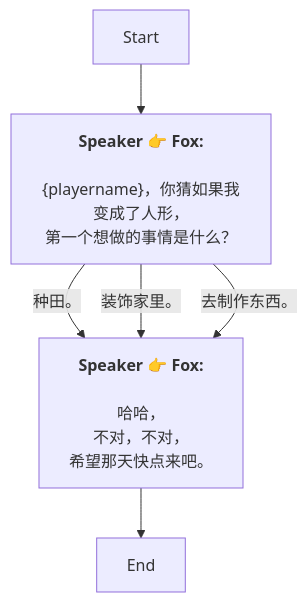
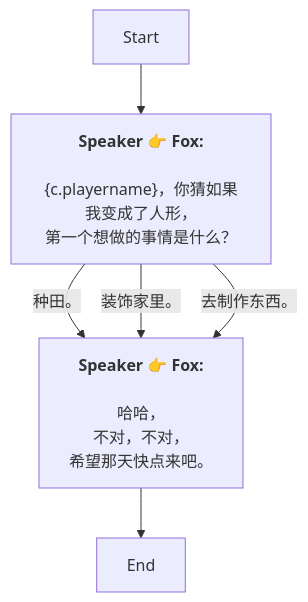
Before and after one commit to SoftHu/tos_avg: the diagram in Zh/AddDialogNode_1738541867360458.md, drawn with Mermaid. The commit also changed 410 other files, not shown here.

````diff
--- a/Zh/AddDialogNode_1738541867360458.md
+++ b/Zh/AddDialogNode_1738541867360458.md
@@ -1,20 +1,20 @@
 ```mermaid
 graph
 Start -->1738541912862925[<b>Speaker 👉 Fox:</b>
-\n&lbrace;playername&rbrace;，你猜如果我变成了人形，
+\n&lbrace;c.playername&rbrace;，你猜如果我变成了人形，
 第一个想做的事情是什么？]
 1738541912862925 -->|种田。|1738542038299861[<b>Speaker 👉 Fox:</b>
 \n哈哈，
 不对，不对，
 希望那天快点来吧。]
 1738541912862925 -->|装饰家里。|1738542038299861[<b>Speaker 👉 Fox:</b>
 \n哈哈，
 不对，不对，
 希望那天快点来吧。]
 1738541912862925 -->|去制作东西。|1738542038299861[<b>Speaker 👉 Fox:</b>
 \n哈哈，
 不对，不对，
 希望那天快点来吧。]
 1738542038299861 -->1738542067698902[End]
 
 ```
````
